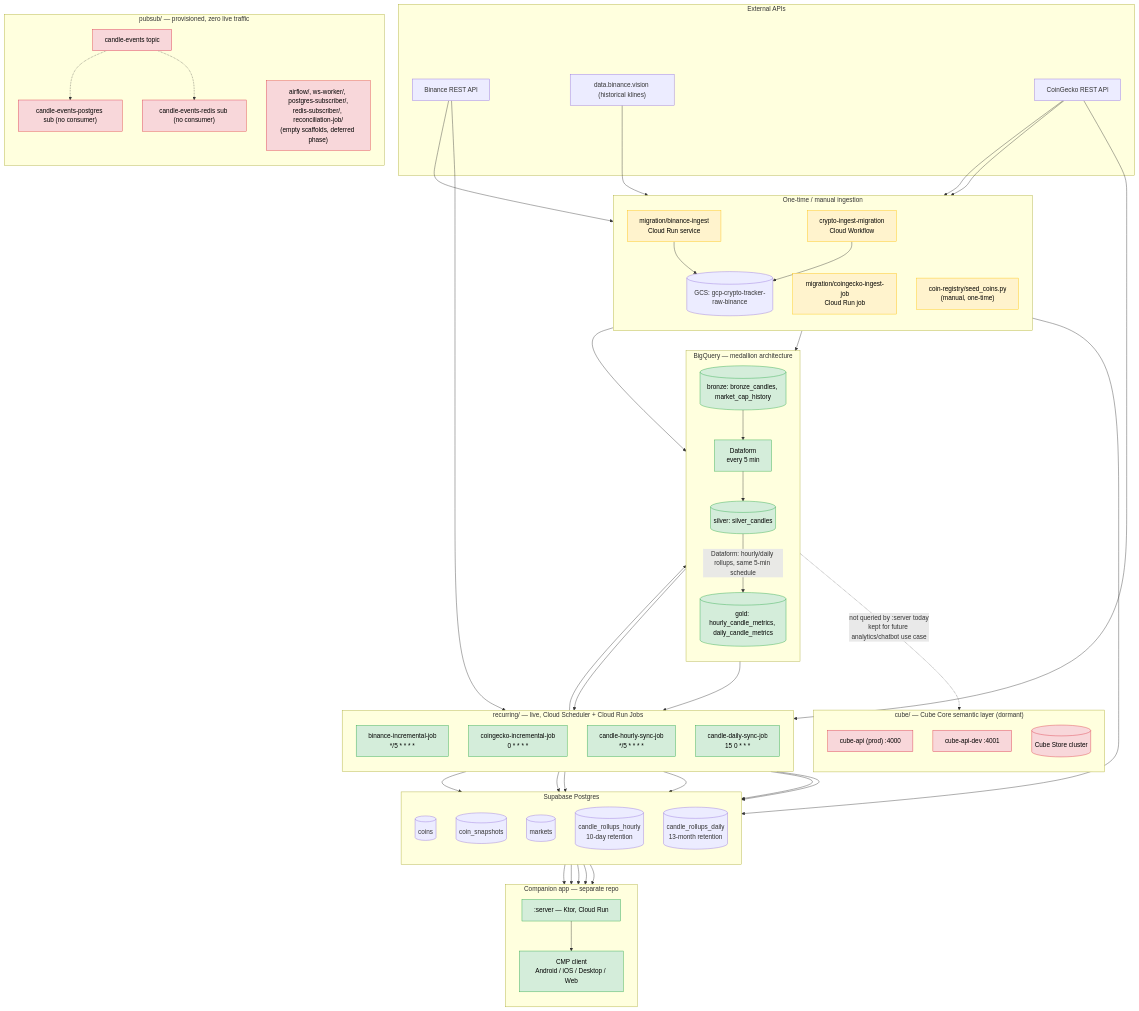
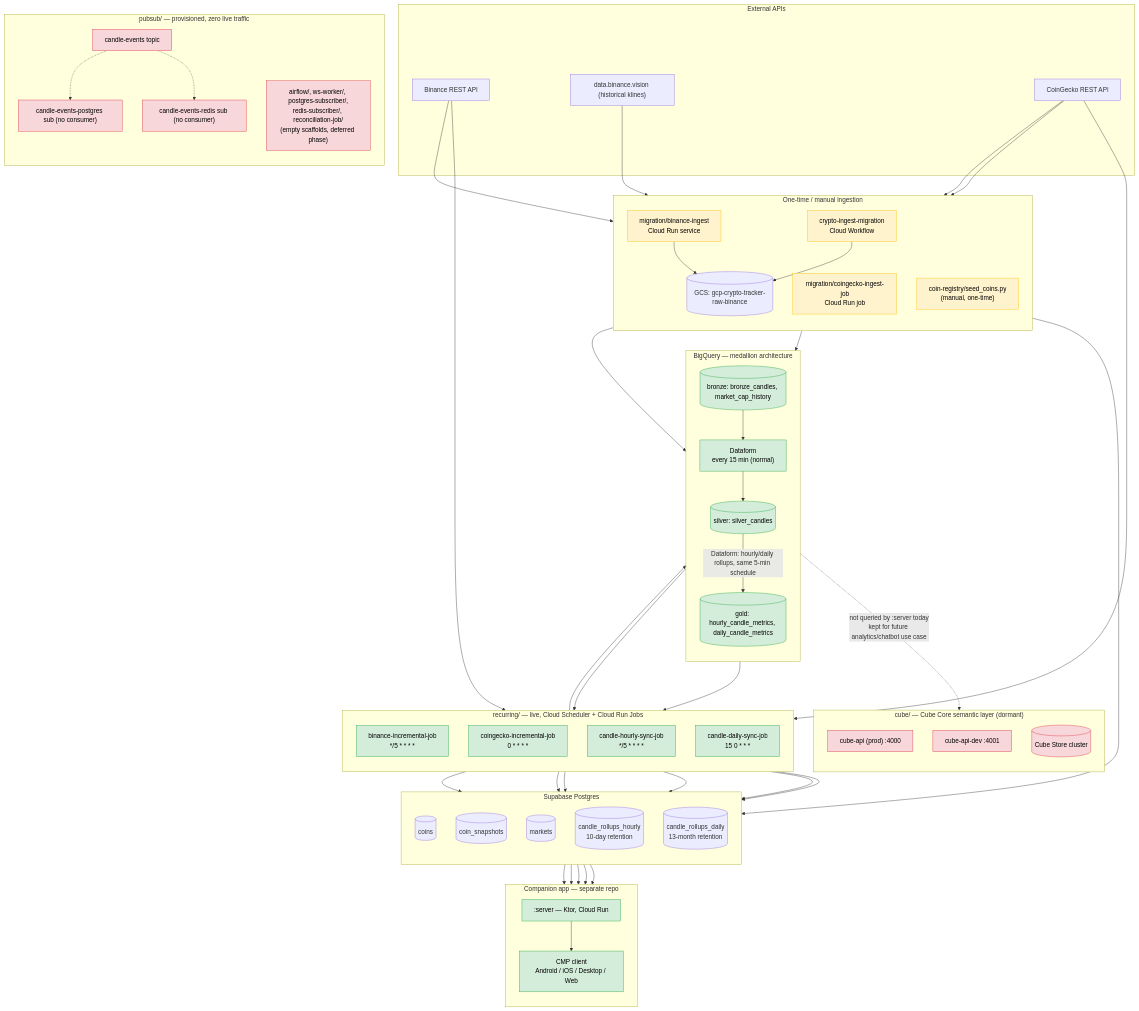
Before and after one commit to DaironDanilo/cryptotracker-data-platform: the diagram in README.md, drawn with Mermaid. The commit also changed other lines of this file and 1 other file, not shown here.

```diff
--- a/README.md
+++ b/README.md
@@ -46,7 +46,7 @@
     subgraph bq["BigQuery — medallion architecture"]
         direction TB
         bronze[("bronze: bronze_candles, market_cap_history")]
-        dataform["Dataform<br/>every 5 min"]
+        dataform["Dataform<br/>every 15 min (normal)"]
         silver[("silver: silver_candles")]
         gold[("gold: hourly_candle_metrics, daily_candle_metrics")]
     end
```
